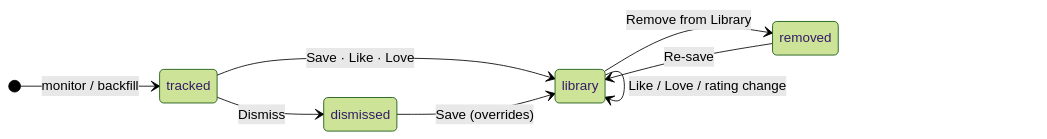
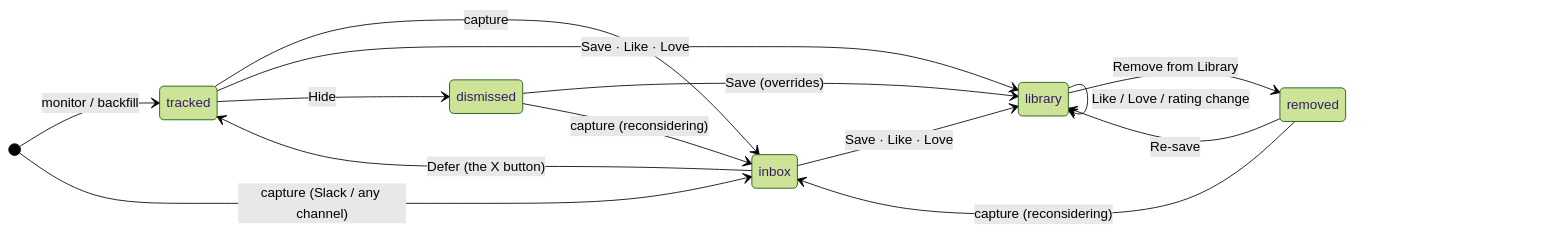
One commit to costantinoai/alma-library-manager changed the diagram in docs/concepts/paper-lifecycle.md. Above: the diagram before and after it, drawn with Mermaid (forest theme). The commit also changed other lines of this file and 25 other files, not shown here.

First line of the commit message:
feat(inbox): capture papers from your phone via Slack

````diff
--- a/docs/concepts/paper-lifecycle.md
+++ b/docs/concepts/paper-lifecycle.md
@@ -85,11 +113,17 @@
 ```mermaid
 stateDiagram-v2
     direction LR
     [*] --> tracked: monitor / backfill
+    [*] --> inbox: capture (Slack / any channel)
+    tracked --> inbox: capture
+    inbox --> library: Save · Like · Love
+    inbox --> tracked: Defer (the X button)
     tracked --> library: Save · Like · Love
-    tracked --> dismissed: Dismiss
+    tracked --> dismissed: Hide
     library --> removed: Remove from Library
     removed --> library: Re-save
+    removed --> inbox: capture (reconsidering)
     dismissed --> library: Save (overrides)
+    dismissed --> inbox: capture (reconsidering)
     library --> library: Like / Love / rating change
 ```
````
